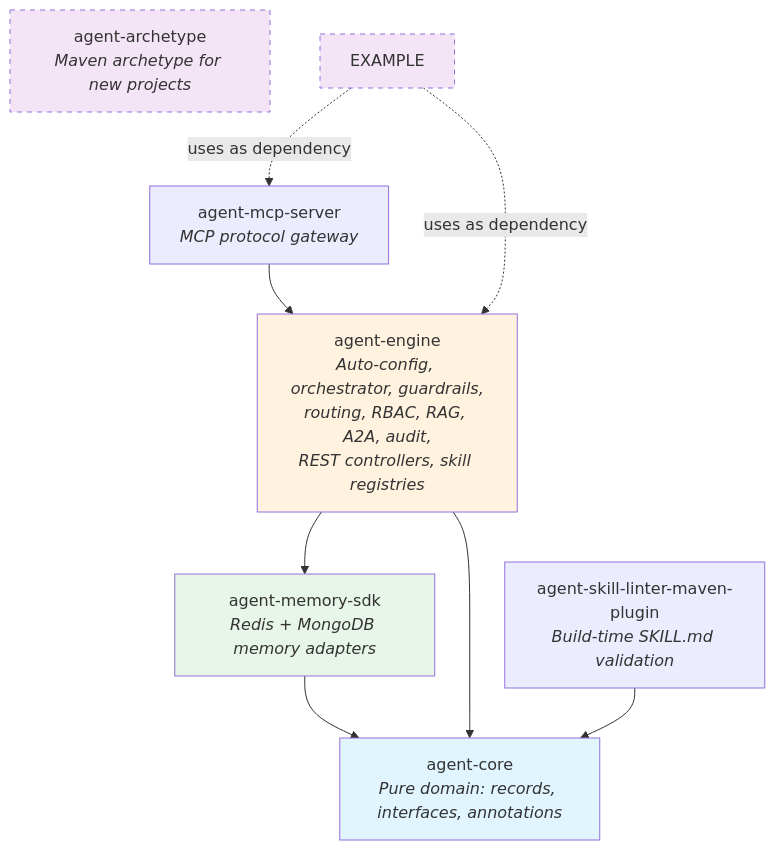
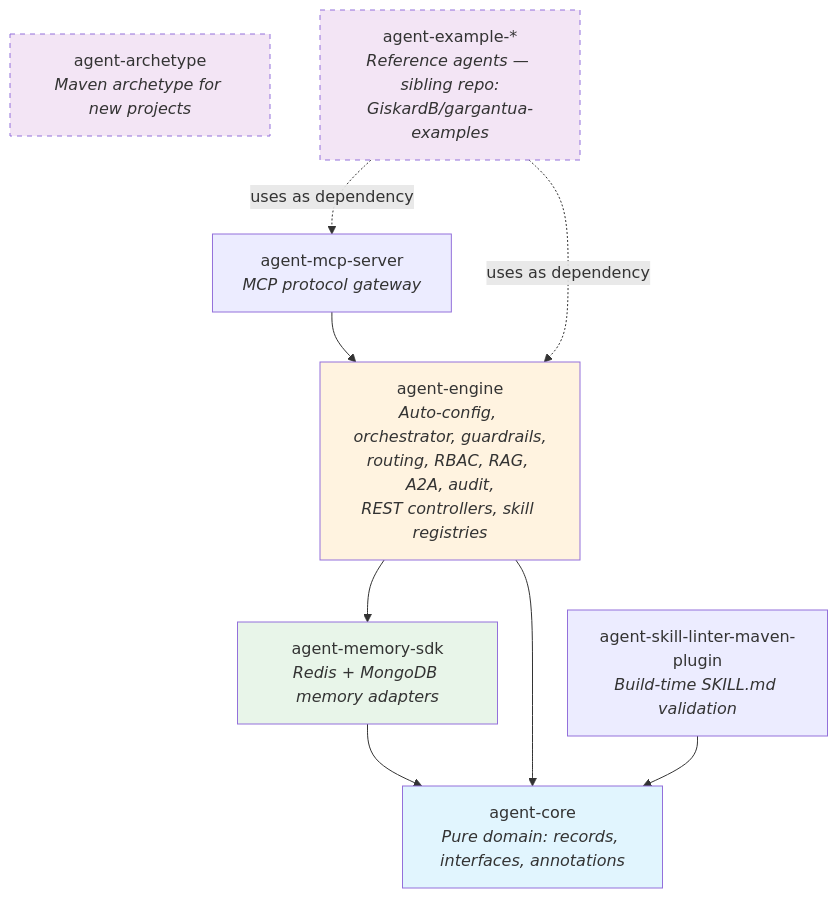
Before and after one commit to GiskardB/gargantua: the seventh of 8 diagrams in docs/architecture-diagrams.md, drawn with Mermaid. The commit also changed 11 other files, not shown here.

````diff
--- a/docs/architecture-diagrams.md
+++ b/docs/architecture-diagrams.md
@@ -277,29 +277,31 @@
 ```mermaid
 graph TD
     CORE[agent-core<br/><i>Pure domain: records, interfaces, annotations</i>]
 
     MEMORY[agent-memory-sdk<br/><i>Redis + MongoDB memory adapters</i>]
 
     ENGINE[agent-engine<br/><i>Auto-config, orchestrator, guardrails,<br/>routing, RBAC, RAG, A2A, audit,<br/>REST controllers, skill registries</i>]
 
     MCP[agent-mcp-server<br/><i>MCP protocol gateway</i>]
 
     LINTER[agent-skill-linter-maven-plugin<br/><i>Build-time SKILL.md validation</i>]
 
     ARCHETYPE[agent-archetype<br/><i>Maven archetype for new projects</i>]
 
+    EXAMPLES[agent-example-*<br/><i>Reference agents — sibling repo:<br/>GiskardB/gargantua-examples</i>]
+
     MEMORY --> CORE
     ENGINE --> CORE
     ENGINE --> MEMORY
     MCP --> ENGINE
     LINTER --> CORE
 
-    EXAMPLE -.->|uses as dependency| ENGINE
-    EXAMPLE -.->|uses as dependency| MCP
+    EXAMPLES -.->|uses as dependency| ENGINE
+    EXAMPLES -.->|uses as dependency| MCP
 
     style CORE fill:#e1f5fe
     style MEMORY fill:#e8f5e9
     style ENGINE fill:#fff3e0
-    style EXAMPLE fill:#f3e5f5,stroke-dasharray: 5 5
+    style EXAMPLES fill:#f3e5f5,stroke-dasharray: 5 5
     style ARCHETYPE fill:#f3e5f5,stroke-dasharray: 5 5
 ```
````
